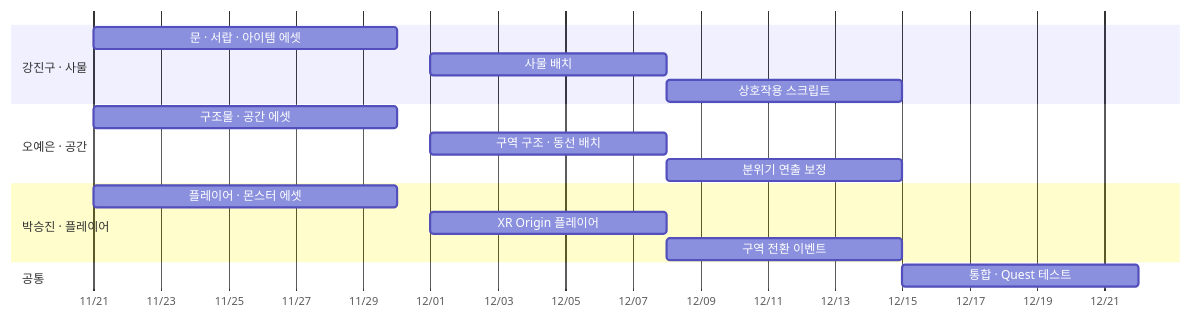
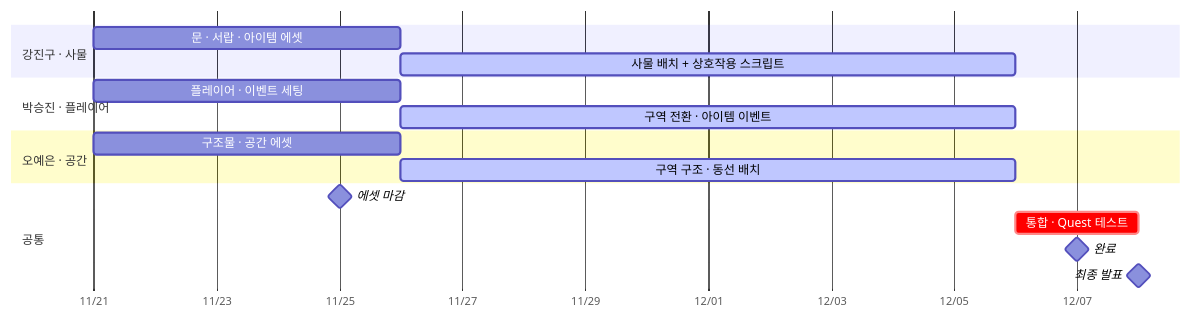
Before and after one commit to SeungJin1112/Extended-Reality-Design-2150152101: the diagram in Docs/05-ProductionSchedule.md, drawn with Mermaid. The commit also changed other lines of this file and 2 other files, not shown here.

````diff
--- a/Docs/05-ProductionSchedule.md
+++ b/Docs/05-ProductionSchedule.md
@@ -44,19 +47,19 @@
 ```mermaid
 gantt
     dateFormat  YYYY-MM-DD
     axisFormat  %m/%d
     section 강진구 · 사물
-    문 · 서랍 · 아이템 에셋     :a1, 2026-11-21, 2026-11-30
-    사물 배치                   :a2, 2026-12-01, 7d
-    상호작용 스크립트           :a3, 2026-12-08, 7d
+    문 · 서랍 · 아이템 에셋        :a1, 2026-11-21, 2026-11-26
+    사물 배치 + 상호작용 스크립트   :active, a2, 2026-11-26, 2026-12-06
+    section 박승진 · 플레이어
+    플레이어 · 이벤트 세팅          :b1, 2026-11-21, 2026-11-26
+    구역 전환 · 아이템 이벤트       :active, b2, 2026-11-26, 2026-12-06
     section 오예은 · 공간
-    구조물 · 공간 에셋          :b1, 2026-11-21, 2026-11-30
-    구역 구조 · 동선 배치       :b2, 2026-12-01, 7d
-    분위기 연출 보정            :b3, 2026-12-08, 7d
-    section 박승진 · 플레이어
-    플레이어 · 몬스터 에셋      :c1, 2026-11-21, 2026-11-30
-    XR Origin 플레이어          :c2, 2026-12-01, 7d
-    구역 전환 이벤트            :c3, 2026-12-08, 7d
+    구조물 · 공간 에셋              :c1, 2026-11-21, 2026-11-26
+    구역 구조 · 동선 배치           :active, c2, 2026-11-26, 2026-12-06
     section 공통
-    통합 · Quest 테스트         :d1, 2026-12-15, 7d
+    에셋 마감                       :milestone, m1, 2026-11-25, 0d
+    통합 · Quest 테스트             :crit, d1, 2026-12-06, 2026-12-08
+    완료                            :milestone, m2, 2026-12-07, 0d
+    최종 발표                       :milestone, m3, 2026-12-08, 0d
 ```
````
